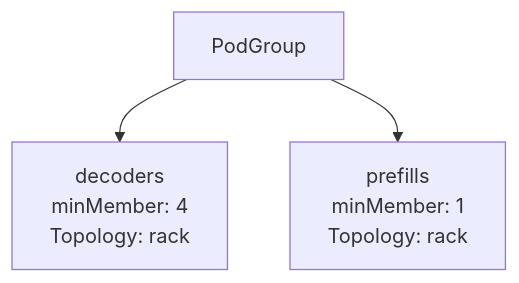
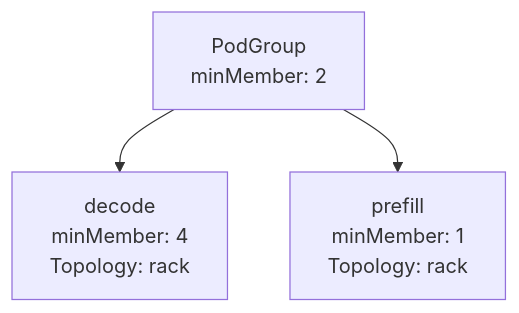
One commit to slaupster/KAI-Scheduler changed the first of 4 diagrams in docs/developer/designs/hierarchical-podgroup/README.md. Above: the diagram before and after it, drawn with Mermaid. The commit also changed other lines of this file, not shown here.

````diff
--- a/docs/developer/designs/hierarchical-podgroup/README.md
+++ b/docs/developer/designs/hierarchical-podgroup/README.md
@@ -149,10 +159,10 @@
 ```mermaid
 graph TD
-    PG[PodGroup]
+    PG[PodGroup<br>minMember: 2]
 
-    Decode[decoders<br>minMember: 4<br>Topology: rack]
-    Prefill[prefills<br>minMember: 1<br>Topology: rack]
+    Decode[decode<br>minMember: 4<br>Topology: rack]
+    Prefill[prefill<br>minMember: 1<br>Topology: rack]
 
     PG --> Decode
     PG --> Prefill
 ```
````
